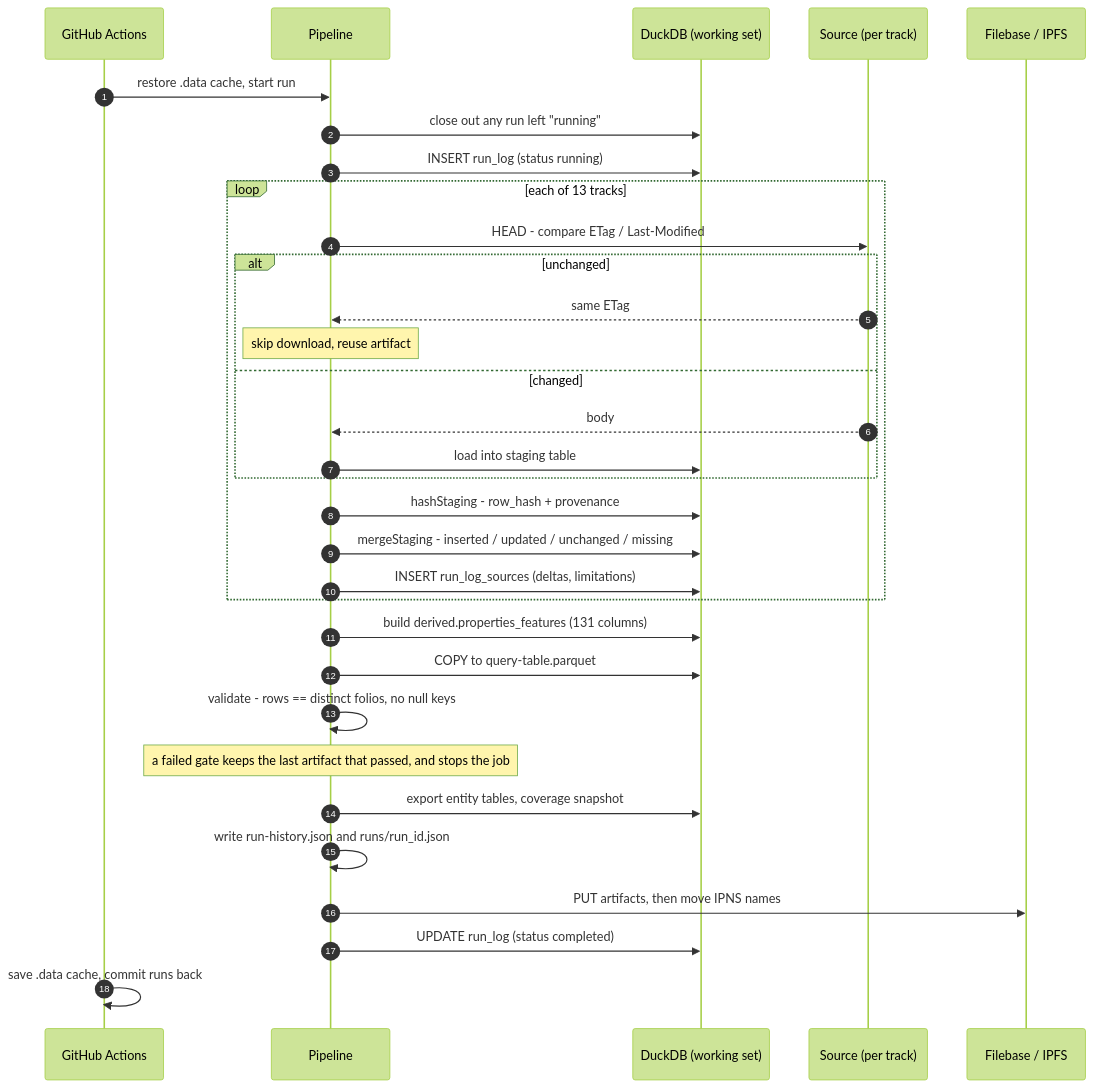
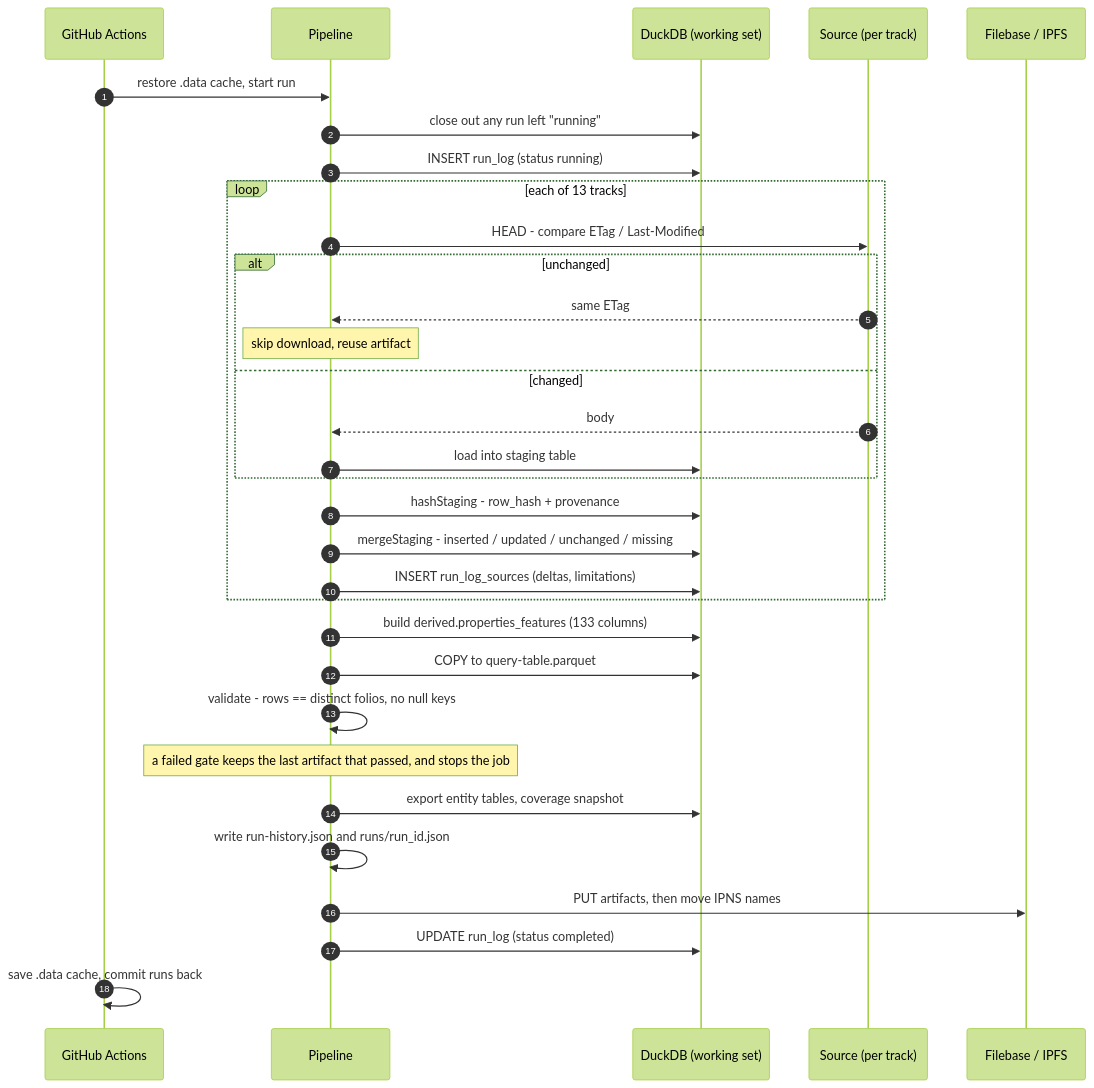
The third of 9 diagrams in docs/ARCHITECTURE.md (m-ratnikov/oracle-property-intelligence-platform-pipeline-duval-fl), drawn with Mermaid (forest theme) before and after one commit. The commit also changed other lines of this file and 2 other files, not shown here.

First line of the commit message:
docs: the published shape is 133 columns, with every number measured against it

````diff
--- a/docs/ARCHITECTURE.md
+++ b/docs/ARCHITECTURE.md
@@ -103,37 +103,37 @@
 ```mermaid
 sequenceDiagram
     autonumber
     participant CI as GitHub Actions
     participant P as Pipeline
     participant DB as DuckDB (working set)
     participant S as Source (per track)
     participant FB as Filebase / IPFS
 
     CI->>P: restore .data cache, start run
     P->>DB: close out any run left "running"
     P->>DB: INSERT run_log (status running)
 
     loop each of 13 tracks
         P->>S: HEAD - compare ETag / Last-Modified
         alt unchanged
             S-->>P: same ETag
             Note over P: skip download, reuse artifact
         else changed
             S-->>P: body
             P->>DB: load into staging table
         end
         P->>DB: hashStaging - row_hash + provenance
         P->>DB: mergeStaging - inserted / updated / unchanged / missing
         P->>DB: INSERT run_log_sources (deltas, limitations)
     end
 
-    P->>DB: build derived.properties_features (131 columns)
+    P->>DB: build derived.properties_features (133 columns)
     P->>DB: COPY to query-table.parquet
     P->>P: validate - rows == distinct folios, no null keys
     Note over P: a failed gate keeps the last artifact that passed, and stops the job
     P->>DB: export entity tables, coverage snapshot
     P->>P: write run-history.json and runs/run_id.json
     P->>FB: PUT artifacts, then move IPNS names
     P->>DB: UPDATE run_log (status completed)
     CI->>CI: save .data cache, commit runs back
 ```
````
